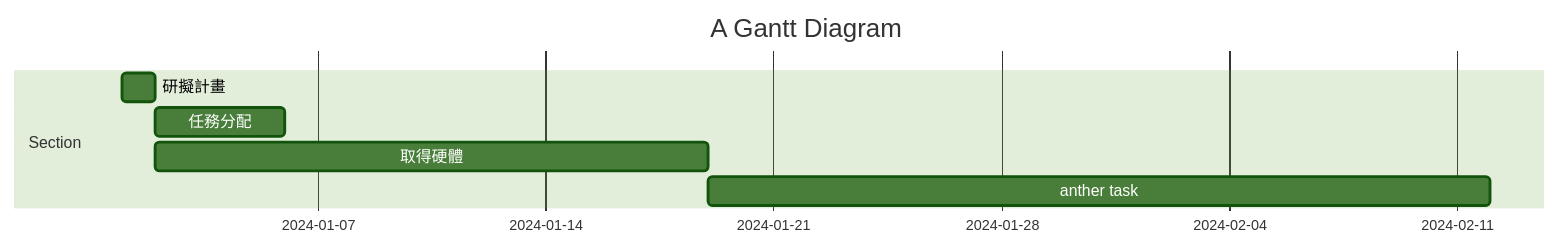
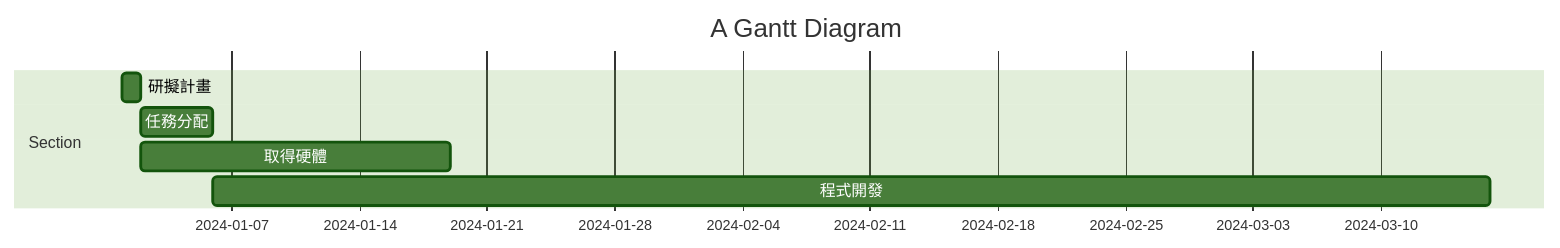
Before and after one commit to Kayu10/homework: the diagram in HW2.md, drawn with Mermaid (forest theme).

````diff
--- a/HW2.md
+++ b/HW2.md
@@ -1,10 +1,11 @@
 ```mermaid
 gantt
     title A Gantt Diagram
 
     section Section
     研擬計畫           :a1, 2024-01-01, 1d
-    任務分配     :after a1  , 4d
+    任務分配     :a2,after a1  , 4d
     取得硬體      :after a1  , 17d
-    anther task      : 24d
+    程式開發      : after a2,70d
+
 ```
````
